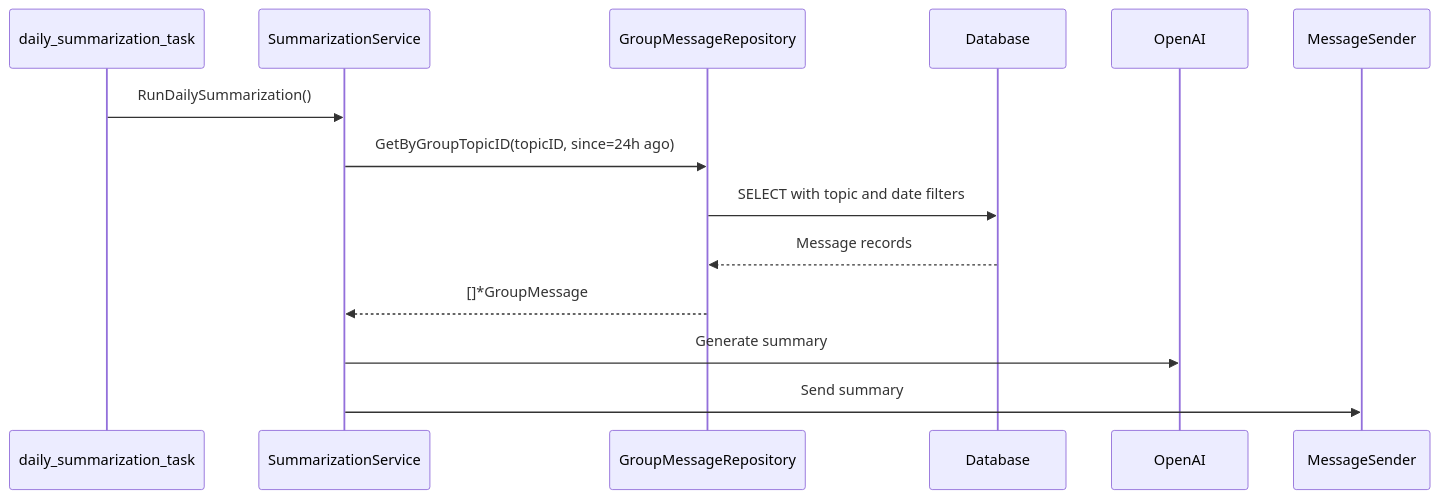
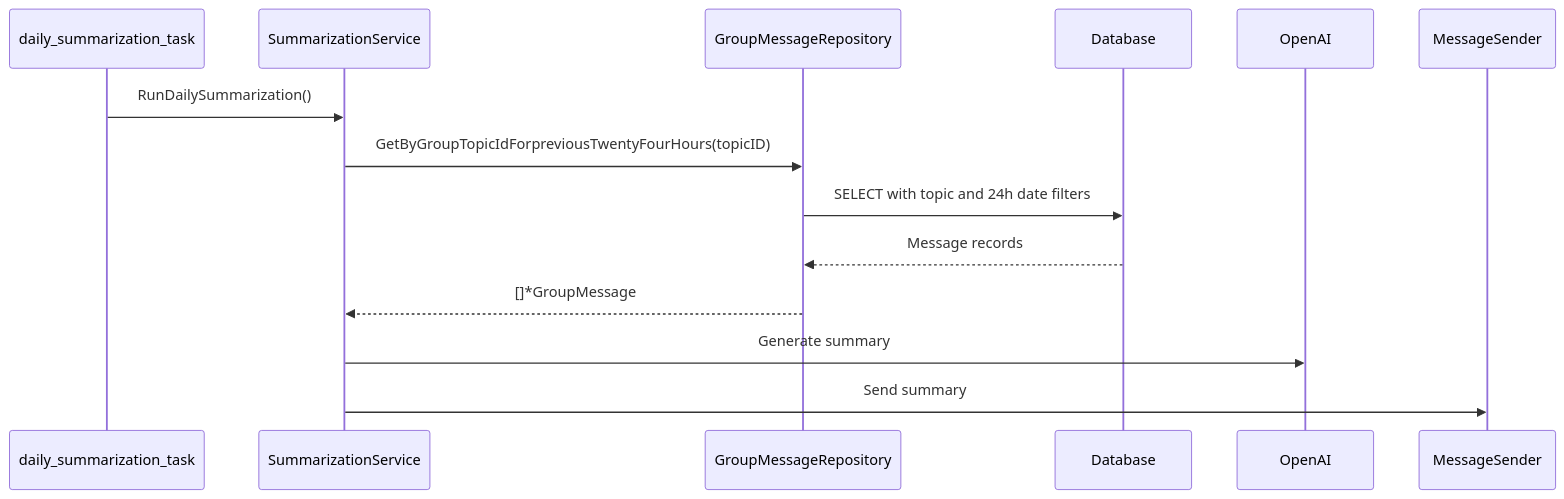
The fourth of 6 diagrams in .qoder/repowiki/en/content/Repository Layer/Group Message Repository.md (it-beard/evo-bot-go), drawn with Mermaid before and after one commit. The commit also changed other lines of this file and 14 other files, not shown here.

````diff
--- a/.qoder/repowiki/en/content/Repository Layer/Group Message Repository.md
+++ b/.qoder/repowiki/en/content/Repository Layer/Group Message Repository.md
@@ -107,14 +117,14 @@
 ```mermaid
 sequenceDiagram
 participant Task as daily_summarization_task
 participant Service as SummarizationService
 participant Repository as GroupMessageRepository
 participant DB as Database
 Task->>Service : RunDailySummarization()
-Service->>Repository : GetByGroupTopicID(topicID, since=24h ago)
-Repository->>DB : SELECT with topic and date filters
+Service->>Repository : GetByGroupTopicIdForpreviousTwentyFourHours(topicID)
+Repository->>DB : SELECT with topic and 24h date filters
 DB-->>Repository : Message records
 Repository-->>Service : []*GroupMessage
 Service->>OpenAI : Generate summary
 Service->>MessageSender : Send summary
 ```
````
